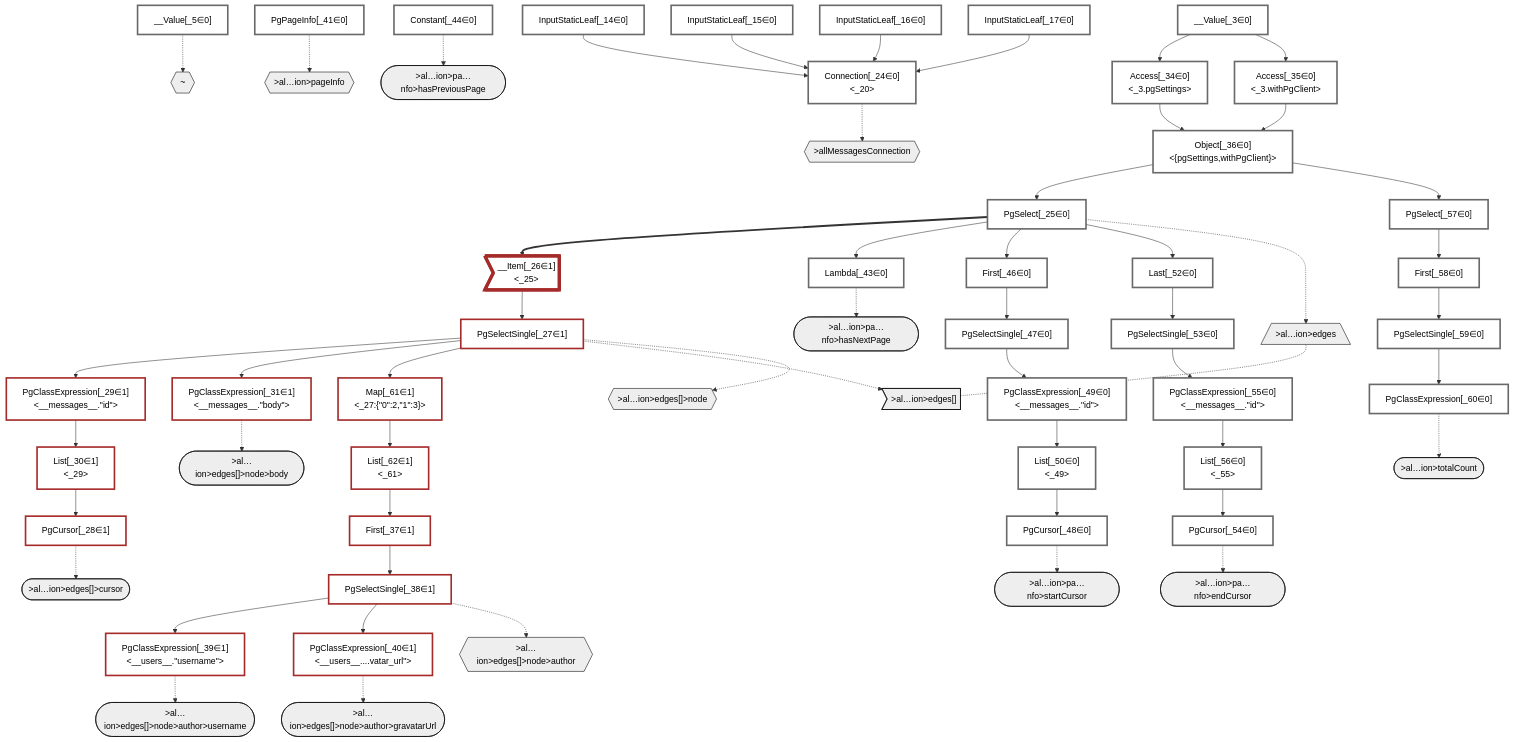
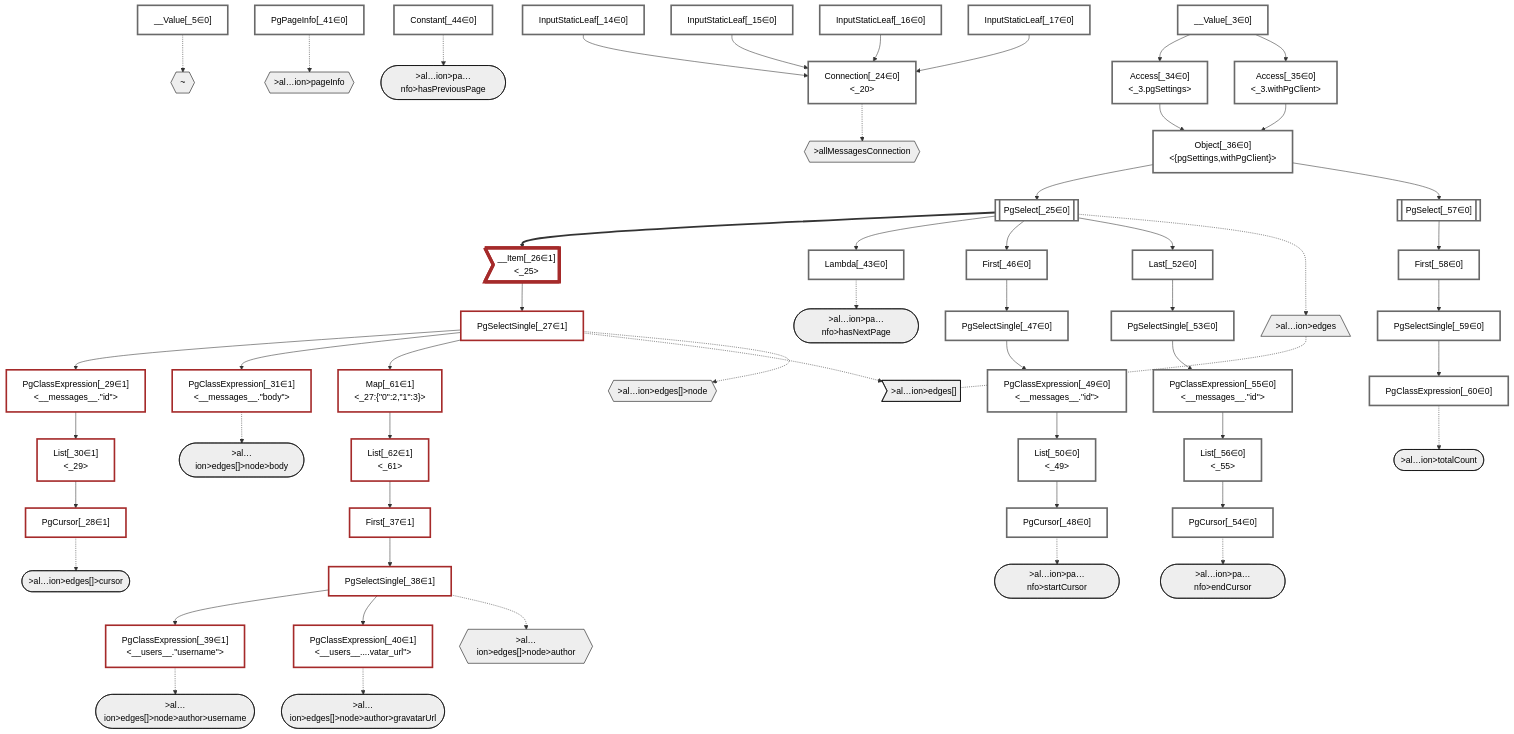
One commit to graphile/crystal changed the diagram in packages/dataplan-pg/__tests__/queries/connections/basics-limit3.mermaid.md. Above: the diagram before and after it, drawn with Mermaid. The commit also changed 195 other files, not shown here.

```diff
--- a/packages/dataplan-pg/__tests__/queries/connections/basics-limit3.mermaid.md
+++ b/packages/dataplan-pg/__tests__/queries/connections/basics-limit3.mermaid.md
@@ -47,7 +47,7 @@
     InputStaticLeaf_16["InputStaticLeaf[_16∈0]"]:::plan
     InputStaticLeaf_17["InputStaticLeaf[_17∈0]"]:::plan
     Connection_24["Connection[_24∈0]<br /><_20>"]:::plan
-    PgSelect_25["PgSelect[_25∈0]<br /><messages>"]:::plan
+    PgSelect_25[["PgSelect[_25∈0]<br /><messages>"]]:::plan
     __Item_26>"__Item[_26∈1]<br /><_25>"]:::itemplan
     PgSelectSingle_27["PgSelectSingle[_27∈1]<br /><messages>"]:::plan
     PgCursor_28["PgCursor[_28∈1]"]:::plan
@@ -74,7 +74,7 @@
     PgCursor_54["PgCursor[_54∈0]"]:::plan
     PgClassExpression_55["PgClassExpression[_55∈0]<br /><__messages__.#quot;id#quot;>"]:::plan
     List_56["List[_56∈0]<br /><_55>"]:::plan
-    PgSelect_57["PgSelect[_57∈0]<br /><messages>"]:::plan
+    PgSelect_57[["PgSelect[_57∈0]<br /><messages>"]]:::plan
     First_58["First[_58∈0]"]:::plan
     PgSelectSingle_59["PgSelectSingle[_59∈0]<br /><messages>"]:::plan
     PgClassExpression_60["PgClassExpression[_60∈0]<br /><count(*)>"]:::plan
```
